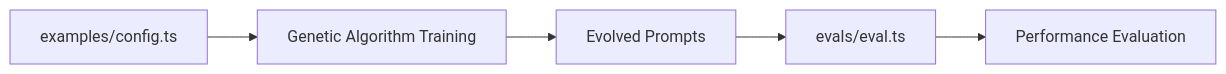
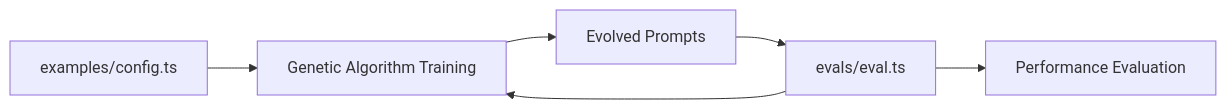
One commit to jongrantwritescode/promptgen changed the diagram in evals/README.md. Above: the diagram before and after it, drawn with Mermaid. The commit also changed other lines of this file and 4 other files, not shown here.

````diff
--- a/evals/README.md
+++ b/evals/README.md
@@ -31,7 +34,8 @@
 ```mermaid
 graph LR
     A[examples/config.ts] --> B[Genetic Algorithm Training]
     B --> C[Evolved Prompts]
     C --> D[evals/eval.ts]
     D --> E[Performance Evaluation]
+    D --> B
 ```
````
